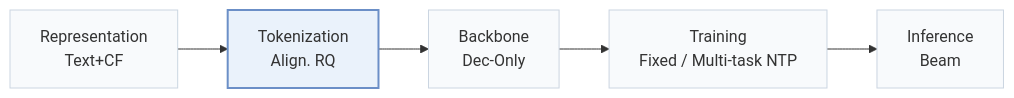
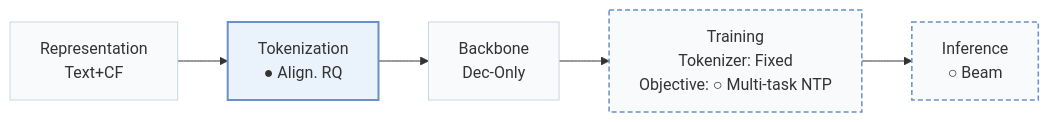
One commit to Galaxy-ghost/Awesome-SID-Generative-Rec changed the first of 2 diagrams in pages/papers/semconv.md. Above: the diagram before and after it, drawn with Mermaid. The commit also changed other lines of this file and 558 other files, not shown here.

````diff
--- a/pages/papers/semconv.md
+++ b/pages/papers/semconv.md
@@ -15,8 +18,10 @@
 ```mermaid
 flowchart LR
-    R["Representation<br/>Text+CF"] --> T["Tokenization<br/>Align. RQ"] --> B["Backbone<br/>Dec-Only"] --> TR["Training<br/>Fixed / Multi-task NTP"] --> I["Inference<br/>Beam"]
+    R["Representation<br/>Text+CF"] --> T["Tokenization<br/>● Align. RQ"] --> B["Backbone<br/>Dec-Only"] --> TR["Training<br/>Tokenizer: Fixed<br/>Objective: ○ Multi-task NTP"] --> I["Inference<br/>○ Beam"]
     classDef base fill:#f8fafc,stroke:#cbd5e1
     class R,T,B,TR,I base
+    classDef other fill:#f8fafc,stroke:#6b8fc7,stroke-width:1.5px,stroke-dasharray:5 3
+    class TR,I other
     classDef main fill:#eaf2fb,stroke:#6b8fc7,stroke-width:2px
     class T main
 ```
````
